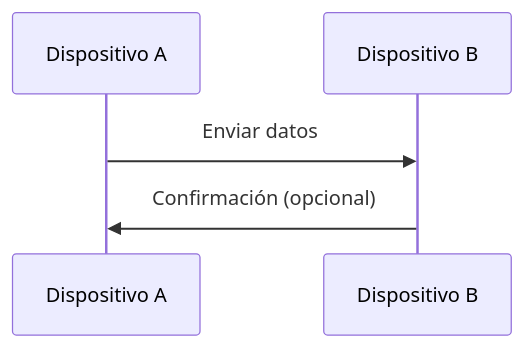
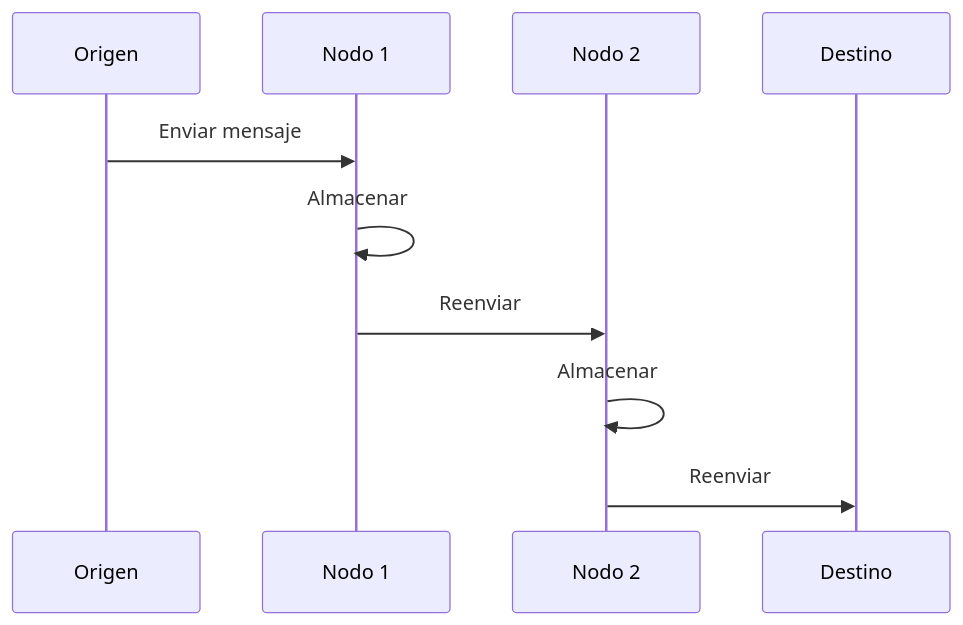
The fourth of 10 diagrams in src/content/lessons/fundamentos-it/redes-desde-cero/intro-redes/03-intro-redes.md (Oscar-Poski/heka-it), drawn with Mermaid before and after one commit. The commit also changed other lines of this file and 63 other files, not shown here.

````diff
--- a/src/content/lessons/fundamentos-it/redes-desde-cero/intro-redes/03-intro-redes.md
+++ b/src/content/lessons/fundamentos-it/redes-desde-cero/intro-redes/03-intro-redes.md
@@ -107,8 +87,13 @@
 ```mermaid
 sequenceDiagram
-  participant A as Dispositivo A
-  participant B as Dispositivo B
+    participant A as Origen
+    participant B as Nodo 1
+    participant C as Nodo 2
+    participant D as Destino
 
-  A->>B: Enviar datos
-  B->>A: Confirmación (opcional)
+    A->>B: Enviar mensaje
+    B->>B: Almacenar
+    B->>C: Reenviar
+    C->>C: Almacenar
+    C->>D: Reenviar
 ```
````
